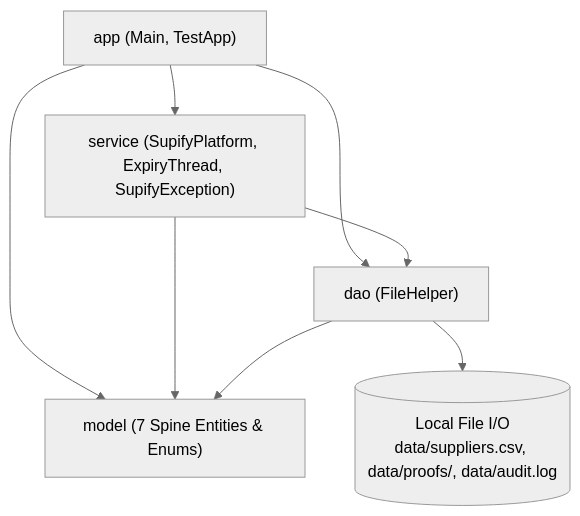
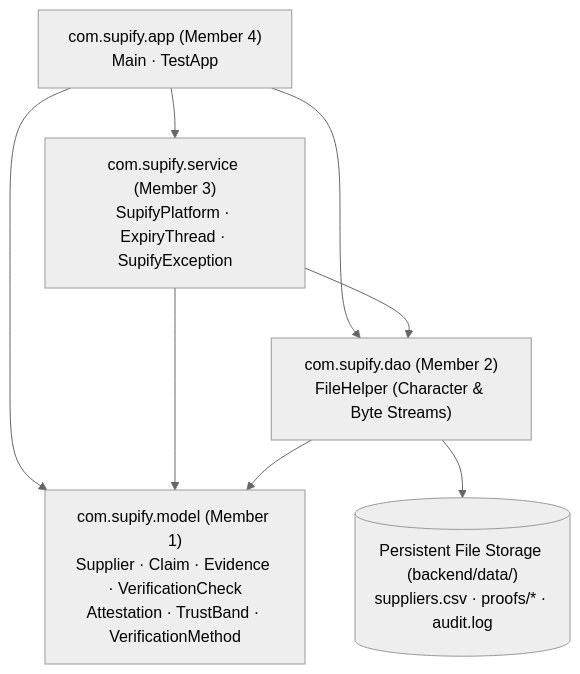
One commit to tanish19078/supify changed the first of 3 diagrams in docs/backend-architecture.md. Above: the diagram before and after it, drawn with Mermaid (neutral theme). The commit also changed other lines of this file and 12 other files, not shown here.

Commit message:
docs: align viva-prep, architecture docs, UML/ER diagrams, and albums screenshots to 13-file ExpiryThread & CRUD backend

````diff
--- a/docs/backend-architecture.md
+++ b/docs/backend-architecture.md
@@ -9,11 +9,16 @@
 ```mermaid
 flowchart TD
-    APP["app (Main, TestApp)"] --> SVC["service (SupifyPlatform, ExpiryThread, SupifyException)"]
-    APP --> DAO["dao (FileHelper)"]
-    APP --> MODEL["model (7 Spine Entities & Enums)"]
+    APP["com.supify.app (Member 4)<br/>Main · TestApp"]
+    SVC["com.supify.service (Member 3)<br/>SupifyPlatform · ExpiryThread · SupifyException"]
+    DAO["com.supify.dao (Member 2)<br/>FileHelper (Character &amp; Byte Streams)"]
+    MODEL["com.supify.model (Member 1)<br/>Supplier · Claim · Evidence · VerificationCheck<br/>Attestation · TrustBand · VerificationMethod"]
+    FS[("Persistent File Storage (backend/data/)<br/>suppliers.csv · proofs/* · audit.log")]
 
+    APP --> SVC
+    APP --> DAO
+    APP --> MODEL
     SVC --> DAO
     SVC --> MODEL
     DAO --> MODEL
-    DAO --> FS[("Local File I/O<br/>data/suppliers.csv, data/proofs/, data/audit.log")]
+    DAO --> FS
 ```
````
